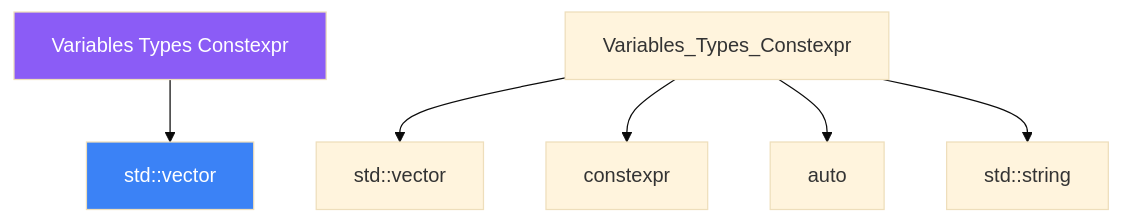
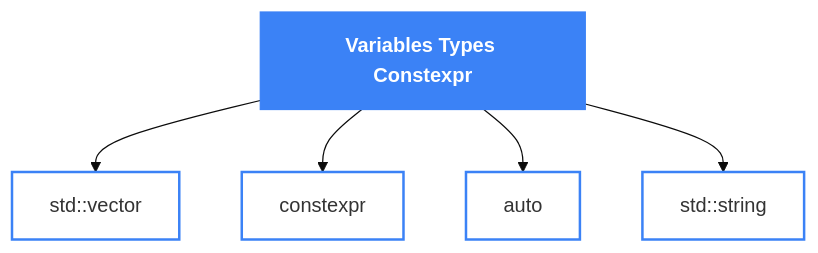
The diagram in mkdocs-site/docs/days/day-01/02-definition.md (AI-Maddy/Learn-Modern-CPP-OOP-30-Days), drawn with Mermaid (base theme) before and after one commit. The commit also changed 99 other files, not shown here.

````diff
--- a/mkdocs-site/docs/days/day-01/02-definition.md
+++ b/mkdocs-site/docs/days/day-01/02-definition.md
@@ -89,10 +89,12 @@
 ```mermaid
 graph TD
-    ROOT["Variables Types Constexpr"] --> A["std::vector"]
-    Variables_Types_Constexpr --> stdvector["std::vector"]
-    Variables_Types_Constexpr --> constexpr["constexpr"]
-    Variables_Types_Constexpr --> auto["auto"]
-    Variables_Types_Constexpr --> stdstring["std::string"]
-    style ROOT fill:#8b5cf6,color:#fff
-    style A    fill:#3b82f6,color:#fff
+    ROOT["Variables Types Constexpr"]
+    ROOT --> n0["std::vector"]
+    ROOT --> n1["constexpr"]
+    ROOT --> n2["auto"]
+    ROOT --> n3["std::string"]
+    classDef topic fill:#3b82f6,stroke:#3b82f6,color:#ffffff,font-weight:bold
+    classDef concept fill:transparent,stroke:#3b82f6,stroke-width:2px
+    class ROOT topic
+    class n0,n1,n2,n3 concept
 ```
````
